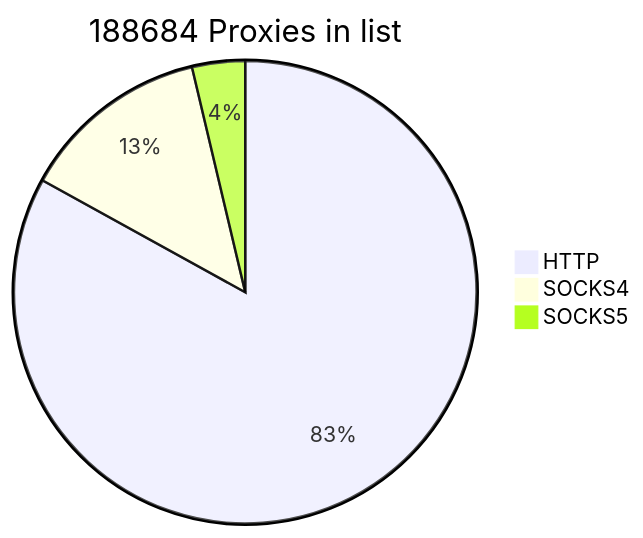
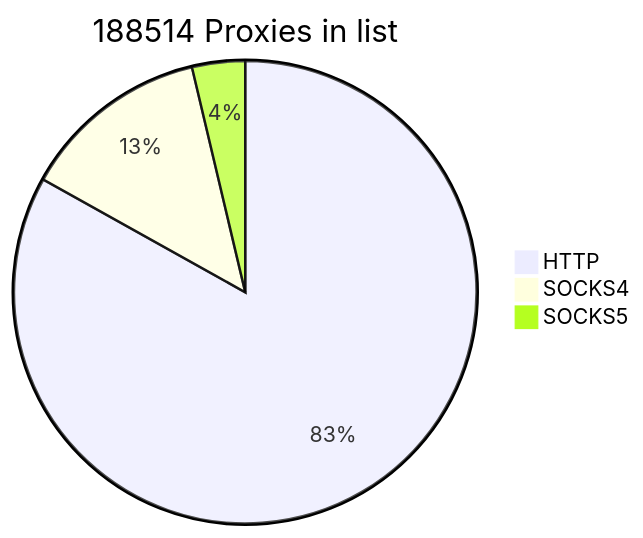
One commit to cutipu/proxylist changed the first of 2 diagrams in README.md. Above: the diagram before and after it, drawn with Mermaid. The commit also changed other lines of this file, not shown here.

````diff
--- a/README.md
+++ b/README.md
@@ -2,7 +2,7 @@
 ```mermaid
-pie title 188684 Proxies in list
+pie title 188514 Proxies in list
     "HTTP" : 156658
-    "SOCKS4" : 25046
+    "SOCKS4" : 24876
     "SOCKS5" : 6980
             
 ```
````
